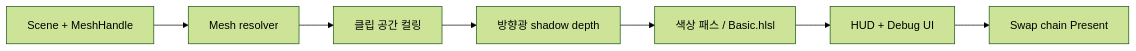
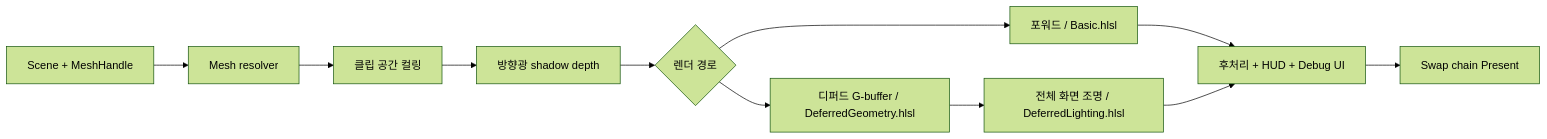
One commit to blyuu/REMI changed the diagram in docs/RenderingPipeline.md. Above: the diagram before and after it, drawn with Mermaid (forest theme). The commit also changed other lines of this file and 78 other files, not shown here.

````diff
--- a/docs/RenderingPipeline.md
+++ b/docs/RenderingPipeline.md
@@ -13,9 +13,13 @@
 ```mermaid
 flowchart LR
     Scene[Scene + MeshHandle] --> Resolve[Mesh resolver]
     Resolve --> Cull[클립 공간 컬링]
     Cull --> Shadow[방향광 shadow depth]
-    Shadow --> Color[색상 패스 / Basic.hlsl]
-    Color --> UI[HUD + Debug UI]
+    Shadow --> Route{렌더 경로}
+    Route --> Forward[포워드 / Basic.hlsl]
+    Route --> GBuffer[디퍼드 G-buffer / DeferredGeometry.hlsl]
+    GBuffer --> Lighting[전체 화면 조명 / DeferredLighting.hlsl]
+    Forward --> UI[후처리 + HUD + Debug UI]
+    Lighting --> UI
     UI --> Present[Swap chain Present]
 ```
````
